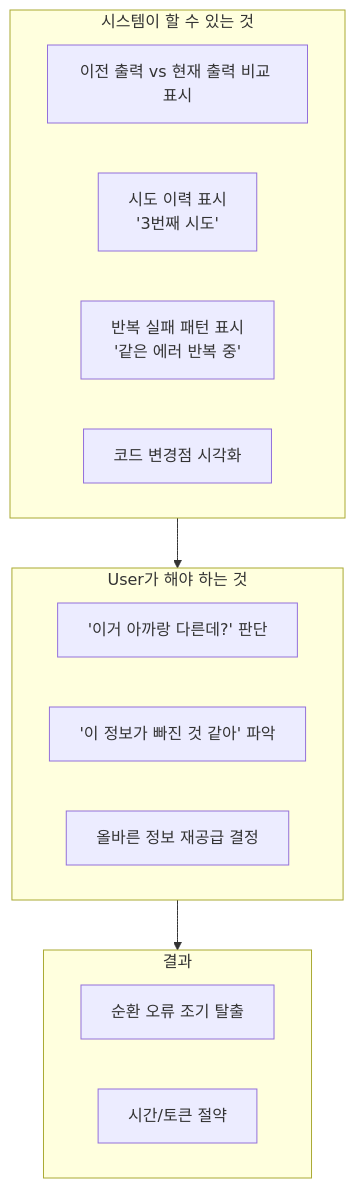
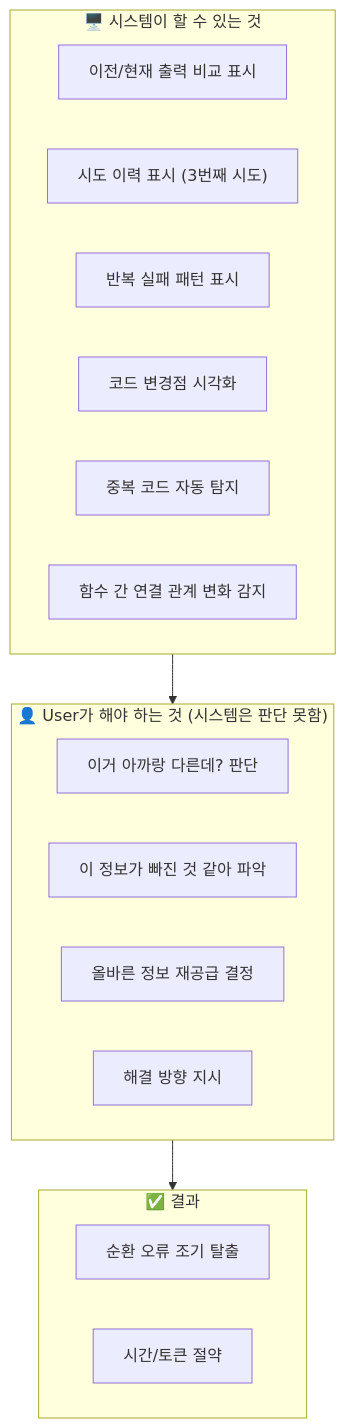
One commit to garimto81/project_master changed the third of 19 diagrams in tasks/prds/0005-prd-devflow-ai-collaboration.md. Above: the diagram before and after it, drawn with Mermaid. The commit also changed other lines of this file and 26 other files, not shown here.

````diff
--- a/tasks/prds/0005-prd-devflow-ai-collaboration.md
+++ b/tasks/prds/0005-prd-devflow-ai-collaboration.md
@@ -196,23 +152,26 @@
 ```mermaid
 flowchart TB
-    subgraph SYSTEM_CAN["시스템이 할 수 있는 것"]
-        S1["이전 출력 vs 현재 출력 비교 표시"]
-        S2["시도 이력 표시<br/>'3번째 시도'"]
-        S3["반복 실패 패턴 표시<br/>'같은 에러 반복 중'"]
+    subgraph System["🖥️ 시스템이 할 수 있는 것"]
+        S1["이전/현재 출력 비교 표시"]
+        S2["시도 이력 표시 (3번째 시도)"]
+        S3["반복 실패 패턴 표시"]
         S4["코드 변경점 시각화"]
+        S5["중복 코드 자동 탐지"]
+        S6["함수 간 연결 관계 변화 감지"]
     end
 
-    subgraph USER_DO["User가 해야 하는 것"]
-        U1["'이거 아까랑 다른데?' 판단"]
-        U2["'이 정보가 빠진 것 같아' 파악"]
+    subgraph User["👤 User가 해야 하는 것 (시스템은 판단 못함)"]
+        U1["이거 아까랑 다른데? 판단"]
+        U2["이 정보가 빠진 것 같아 파악"]
         U3["올바른 정보 재공급 결정"]
+        U4["해결 방향 지시"]
     end
 
-    subgraph RESULT["결과"]
+    subgraph Result["✅ 결과"]
         R1["순환 오류 조기 탈출"]
         R2["시간/토큰 절약"]
     end
 
-    SYSTEM_CAN --> USER_DO
-    USER_DO --> RESULT
+    System --> User
+    User --> Result
 ```
````
